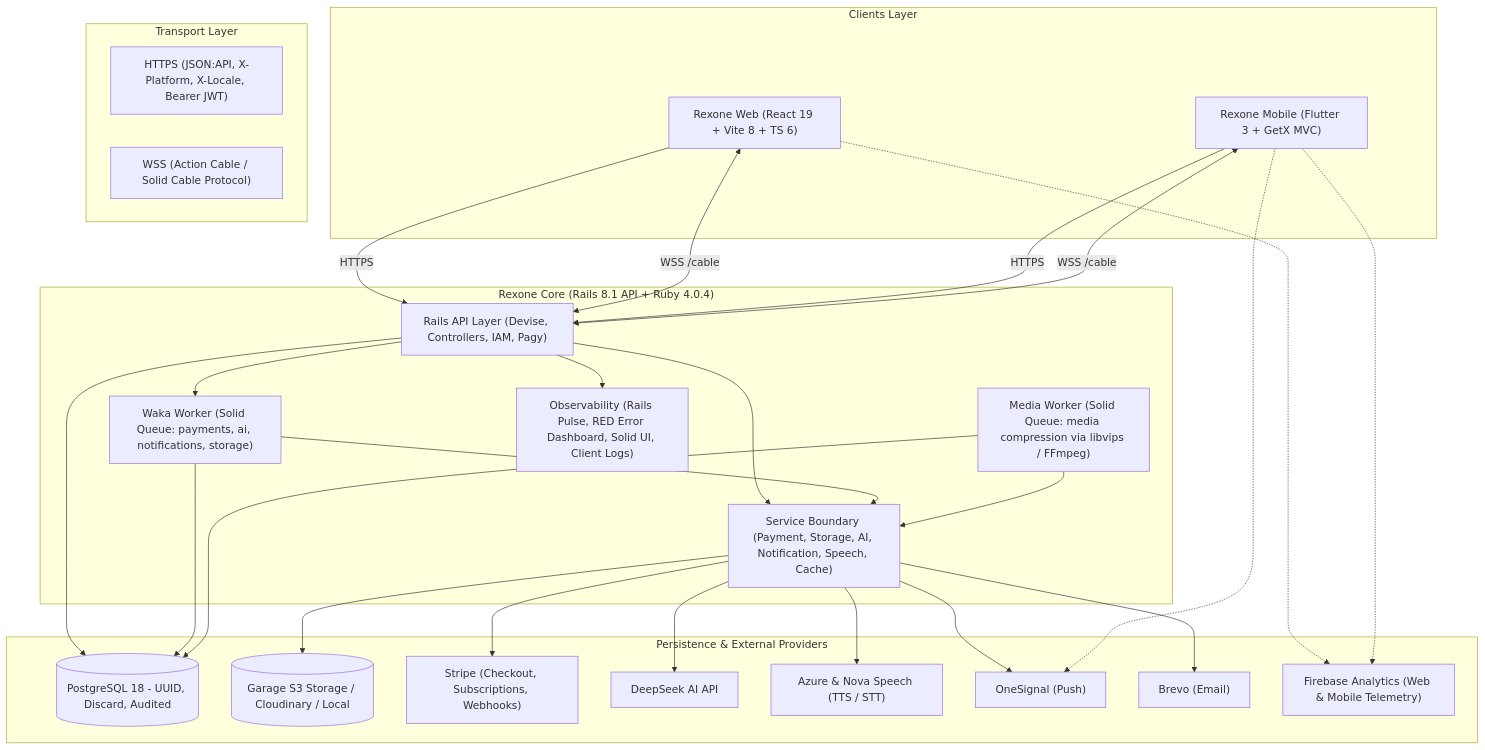
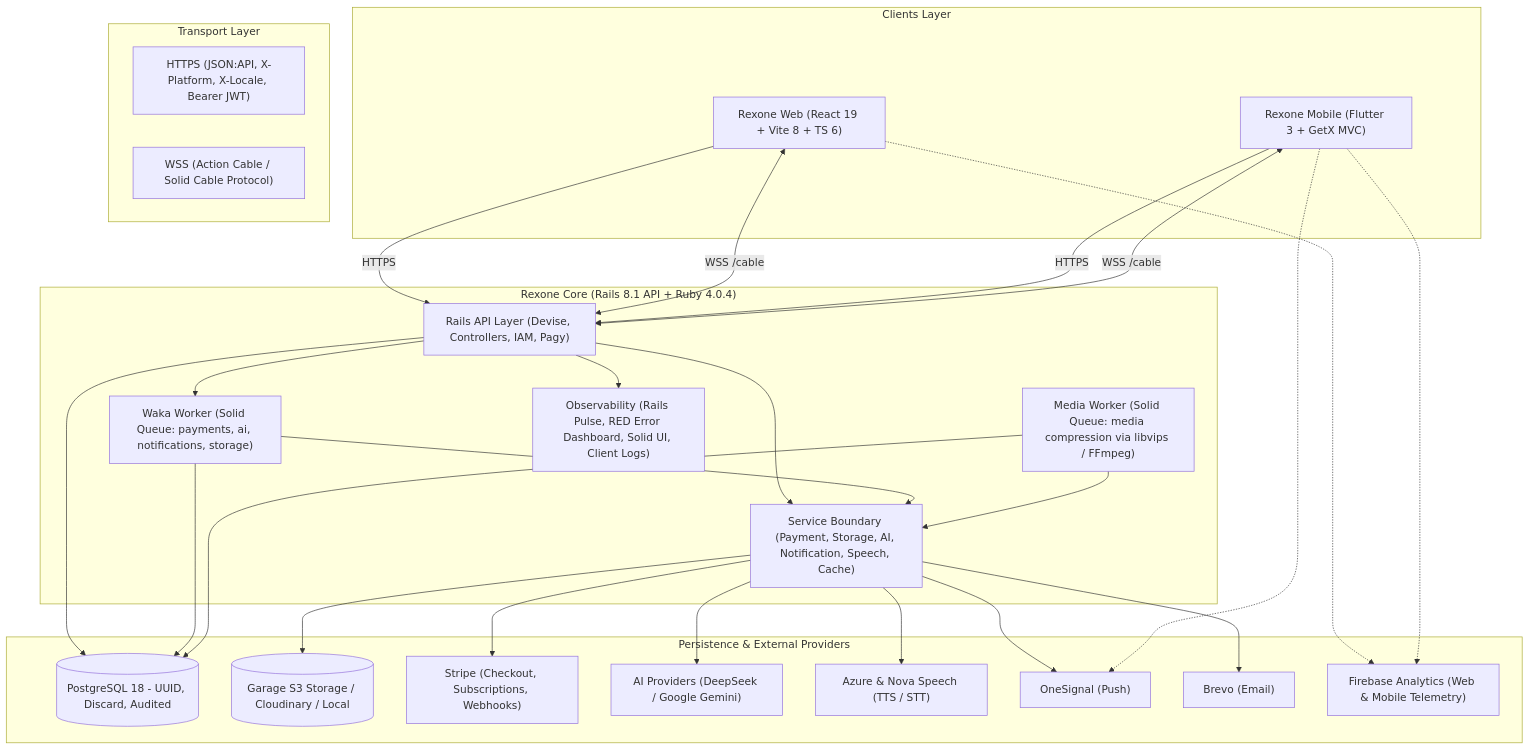
The diagram in ECOSYSTEM.md (rex-9/rexone-core), drawn with Mermaid before and after one commit. The commit also changed other lines of this file and 115 other files, not shown here.

````diff
--- a/ECOSYSTEM.md
+++ b/ECOSYSTEM.md
@@ -35,55 +35,55 @@
 ```mermaid
 flowchart TB
     subgraph Clients["Clients Layer"]
         Web["Rexone Web (React 19 + Vite 8 + TS 6)"]
         Mobile["Rexone Mobile (Flutter 3 + GetX MVC)"]
     end
 
     subgraph Transport["Transport Layer"]
         HTTPS["HTTPS (JSON:API, X-Platform, X-Locale, Bearer JWT)"]
         WSS["WSS (Action Cable / Solid Cable Protocol)"]
     end
 
     subgraph Core["Rexone Core (Rails 8.1 API + Ruby 4.0.4)"]
         API["Rails API Layer (Devise, Controllers, IAM, Pagy)"]
         Waka["Waka Worker (Solid Queue: payments, ai, notifications, storage)"]
         Media["Media Worker (Solid Queue: media compression via libvips / FFmpeg)"]
         Services["Service Boundary (Payment, Storage, AI, Notification, Speech, Cache)"]
         Obs["Observability (Rails Pulse, RED Error Dashboard, Solid UI, Client Logs)"]
     end
 
     subgraph Providers["Persistence & External Providers"]
         Postgres[(PostgreSQL 18 - UUID, Discard, Audited)]
         Garage[(Garage S3 Storage / Cloudinary / Local)]
         Stripe["Stripe (Checkout, Subscriptions, Webhooks)"]
-        DeepSeek["DeepSeek AI API"]
+        AI["AI Providers (DeepSeek / Google Gemini)"]
         Speech["Azure & Nova Speech (TTS / STT)"]
         OneSignal["OneSignal (Push)"]
         Brevo["Brevo (Email)"]
         Firebase["Firebase Analytics (Web & Mobile Telemetry)"]
     end
 
     Web -->|HTTPS| API
     Web <-->|WSS /cable| API
     Mobile -->|HTTPS| API
     Mobile <-->|WSS /cable| API
 
     API --> Postgres
     API --> Services
     API --> Obs
     API --> Waka
     Waka --> Postgres
     Waka --> Services
     Media --> Postgres
     Media --> Services
 
     Services --> Stripe
-    Services --> DeepSeek
+    Services --> AI
     Services --> Speech
     Services --> OneSignal
     Services --> Brevo
     Services --> Garage
     Web -.-> Firebase
     Mobile -.-> Firebase
     Mobile -.-> OneSignal
 ```
````
